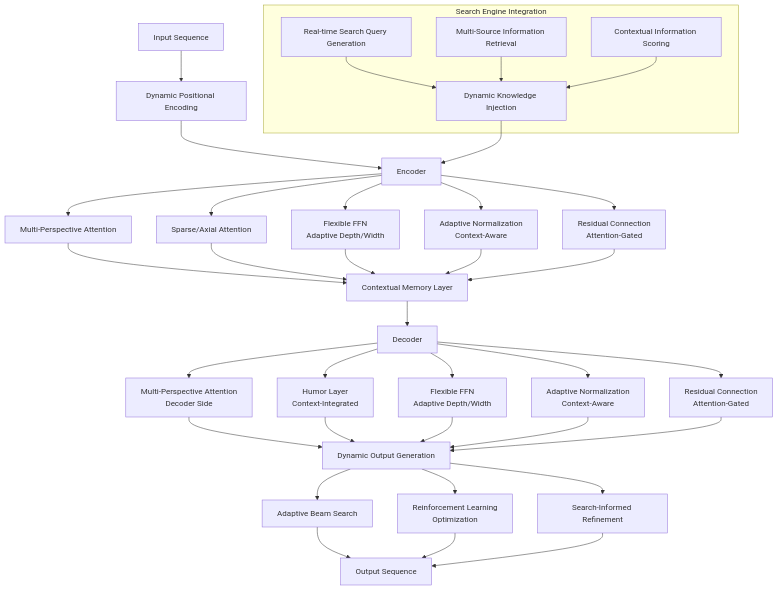
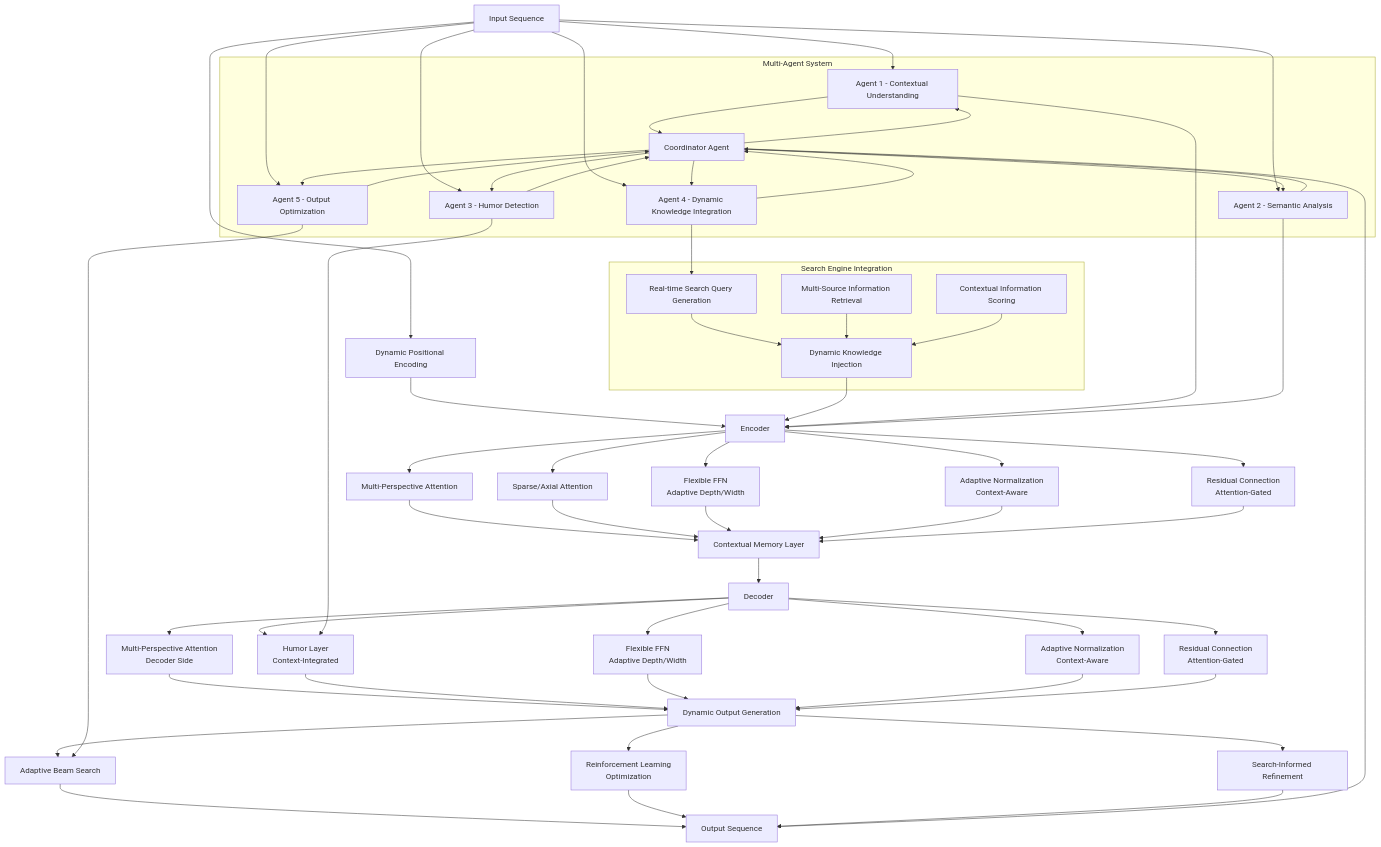
One commit to VishwamAI/vishwamai_transformers changed the diagram in architectures/transformer.mermaid. Above: the diagram before and after it, drawn with Mermaid. The commit also changed 45 other files, not shown here.

Commit message:
Add sentencepiece to requirements.txt and enhance transformer architecture with multi-agent system

```diff
--- a/architectures/transformer.mermaid
+++ b/architectures/transformer.mermaid
@@ -1,37 +1,73 @@
 flowchart TD
     A[Input Sequence] --> B[Dynamic Positional Encoding]
     
     subgraph "Search Engine Integration"
         SE1[Real-time Search Query Generation]
         SE2[Multi-Source Information Retrieval]
         SE3[Contextual Information Scoring]
         SE4[Dynamic Knowledge Injection]
     end
     
     B --> C[Encoder]
     SE1 & SE2 & SE3 --> SE4
     SE4 --> C
     
     C --> D1[Multi-Perspective Attention]
     C --> D2[Sparse/Axial Attention]
     C --> D3[Flexible FFN\nAdaptive Depth/Width]
     C --> D4[Adaptive Normalization\nContext-Aware]
     C --> D5[Residual Connection\nAttention-Gated]
     
     D1 & D2 & D3 & D4 & D5 --> E[Contextual Memory Layer]
     
     E --> F[Decoder]
     
     F --> G1[Multi-Perspective Attention\nDecoder Side]
     F --> G2[Humor Layer\nContext-Integrated]
     F --> G3[Flexible FFN\nAdaptive Depth/Width]
     F --> G4[Adaptive Normalization\nContext-Aware]
     F --> G5[Residual Connection\nAttention-Gated]
     
     G1 & G2 & G3 & G4 & G5 --> H[Dynamic Output Generation]
     
     H --> I1[Adaptive Beam Search]
     H --> I2[Reinforcement Learning\nOptimization]
     H --> I3[Search-Informed Refinement]
     
     I1 & I2 & I3 --> J[Output Sequence]
+    
+    subgraph "Multi-Agent System"
+        AG1[Agent 1 - Contextual Understanding]
+        AG2[Agent 2 - Semantic Analysis]
+        AG3[Agent 3 - Humor Detection]
+        AG4[Agent 4 - Dynamic Knowledge Integration]
+        AG5[Agent 5 - Output Optimization]
+        
+        AG0[Coordinator Agent]
+    end
+    
+    A --> AG1
+    A --> AG2
+    A --> AG3
+    A --> AG4
+    A --> AG5
+    
+    AG1 --> C
+    AG2 --> C
+    AG3 --> G2
+    AG4 --> SE1
+    AG5 --> I1
+    
+    AG0 --> AG1
+    AG0 --> AG2
+    AG0 --> AG3
+    AG0 --> AG4
+    AG0 --> AG5
+    
+    AG1 --> AG0
+    AG2 --> AG0
+    AG3 --> AG0
+    AG4 --> AG0
+    AG5 --> AG0
+    
+    AG0 --> J
```
